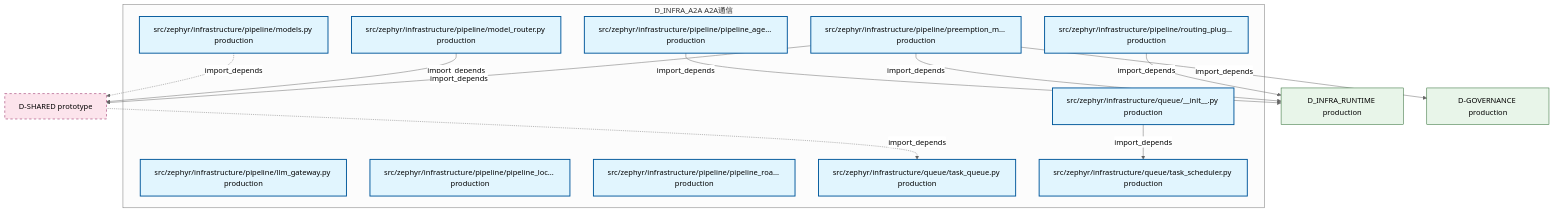
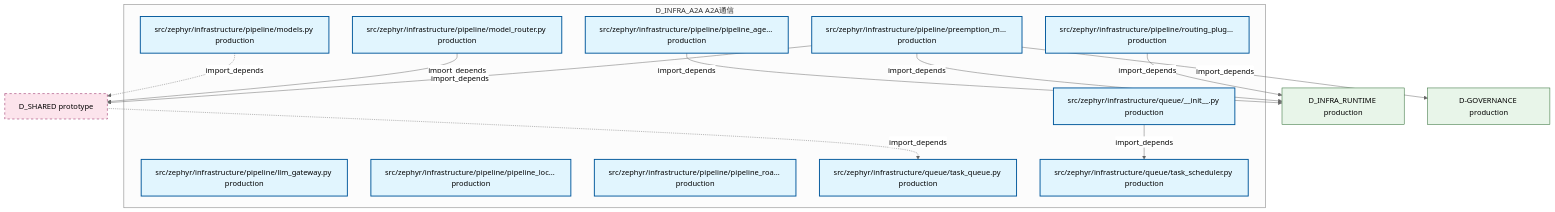
The fourth of 4 diagrams in docs/02_enterprise_architecture/02_domain_architecture_docs/01_d_infra_a2a.md (xuanFelixVan/ZephyrAlpha), drawn with Mermaid (neutral theme) before and after one commit. The commit also changed other lines of this file and 1359 other files, not shown here.

````diff
--- a/docs/02_enterprise_architecture/02_domain_architecture_docs/01_d_infra_a2a.md
+++ b/docs/02_enterprise_architecture/02_domain_architecture_docs/01_d_infra_a2a.md
@@ -255,35 +255,35 @@
 ```mermaid
 graph TD
     subgraph D_INFRA_A2A["D_INFRA_A2A A2A通信"]
         src_zephyr_infrastructure_pipeline_llm_gateway_py["src/zephyr/infrastructure/pipeline/llm_gateway.py production"]
         src_zephyr_infrastructure_pipeline_model_router_py["src/zephyr/infrastructure/pipeline/model_router.py production"]
         src_zephyr_infrastructure_pipeline_models_py["src/zephyr/infrastructure/pipeline/models.py production"]
         src_zephyr_infrastructure_pipeline_pipeline_agent_bridge_py["src/zephyr/infrastructure/pipeline/pipeline_age... production"]
         src_zephyr_infrastructure_pipeline_pipeline_lock_py["src/zephyr/infrastructure/pipeline/pipeline_loc... production"]
         src_zephyr_infrastructure_pipeline_pipeline_roadmap_py["src/zephyr/infrastructure/pipeline/pipeline_roa... production"]
         src_zephyr_infrastructure_pipeline_preemption_manager_py["src/zephyr/infrastructure/pipeline/preemption_m... production"]
         src_zephyr_infrastructure_pipeline_routing_plugins_py["src/zephyr/infrastructure/pipeline/routing_plug... production"]
         src_zephyr_infrastructure_queue_init_py["src/zephyr/infrastructure/queue/__init__.py production"]
         src_zephyr_infrastructure_queue_task_queue_py["src/zephyr/infrastructure/queue/task_queue.py production"]
         src_zephyr_infrastructure_queue_task_scheduler_py["src/zephyr/infrastructure/queue/task_scheduler.py production"]
     end
     src_zephyr_infrastructure_queue_init_py -->|import_depends| src_zephyr_infrastructure_queue_task_scheduler_py
-    D_SHARED["D-SHARED prototype"]
+    D_SHARED["D_SHARED prototype"]
     src_zephyr_infrastructure_pipeline_models_py -.->|import_depends| D_SHARED
     src_zephyr_infrastructure_pipeline_model_router_py -->|import_depends| D_SHARED
     D_INFRA_RUNTIME["D_INFRA_RUNTIME production"]
     src_zephyr_infrastructure_pipeline_pipeline_agent_bridge_py -->|import_depends| D_INFRA_RUNTIME
     src_zephyr_infrastructure_pipeline_preemption_manager_py -->|import_depends| D_INFRA_RUNTIME
     src_zephyr_infrastructure_pipeline_preemption_manager_py -->|import_depends| D_SHARED
     D_GOVERNANCE["D-GOVERNANCE production"]
     src_zephyr_infrastructure_pipeline_preemption_manager_py -->|import_depends| D_GOVERNANCE
     src_zephyr_infrastructure_pipeline_routing_plugins_py -->|import_depends| D_INFRA_RUNTIME
     D_SHARED -.->|import_depends| src_zephyr_infrastructure_queue_task_queue_py
     classDef production fill:#e1f5fe,stroke:#01579b,stroke-width:2px,color:#000
     classDef design fill:#fff3e0,stroke:#e65100,stroke-width:2px,color:#000,stroke-dasharray: 5 5
     classDef external_prod fill:#e8f5e9,stroke:#1b5e20,stroke-width:1px,color:#000
     classDef external_design fill:#fce4ec,stroke:#880e4f,stroke-width:1px,color:#000,stroke-dasharray: 5 5
     class src_zephyr_infrastructure_pipeline_llm_gateway_py,src_zephyr_infrastructure_pipeline_model_router_py,src_zephyr_infrastructure_pipeline_models_py,src_zephyr_infrastructure_pipeline_pipeline_agent_bridge_py,src_zephyr_infrastructure_pipeline_pipeline_lock_py,src_zephyr_infrastructure_pipeline_pipeline_roadmap_py,src_zephyr_infrastructure_pipeline_preemption_manager_py,src_zephyr_infrastructure_pipeline_routing_plugins_py,src_zephyr_infrastructure_queue_init_py,src_zephyr_infrastructure_queue_task_queue_py,src_zephyr_infrastructure_queue_task_scheduler_py production
     class D_INFRA_RUNTIME,D_GOVERNANCE external_prod
     class D_SHARED external_design
 ```
````
